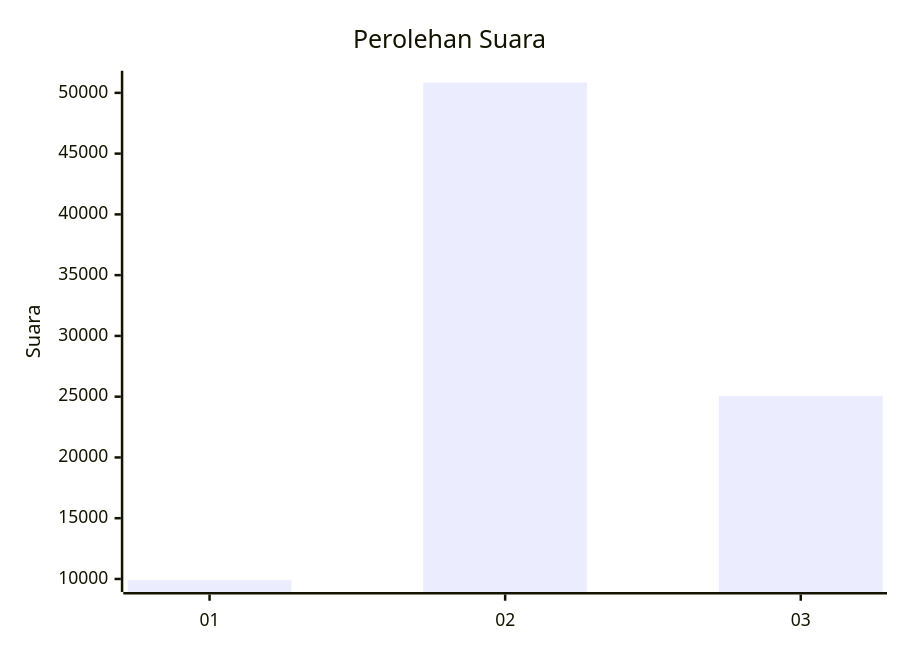
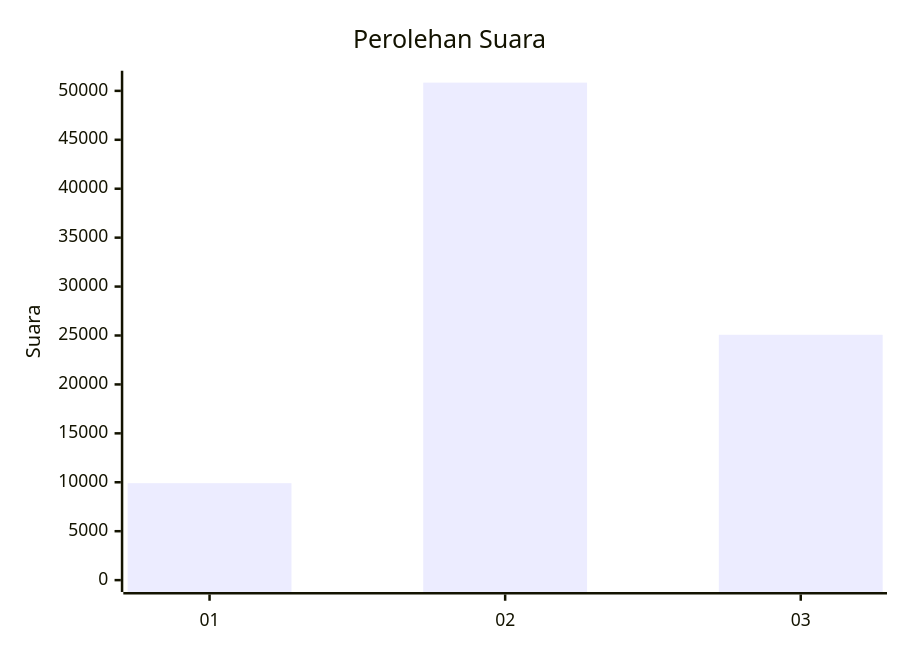
The first of 2 diagrams in pilpres/hitung-suara/sub/table-wilayah-92.md (gigit-pemilu/pemilu-2024), drawn with Mermaid before and after one commit. The commit also changed 42 other files, not shown here.

````diff
--- a/pilpres/hitung-suara/sub/table-wilayah-92.md
+++ b/pilpres/hitung-suara/sub/table-wilayah-92.md
@@ -7,7 +7,7 @@
 ```mermaid
 xychart-beta
     title "Perolehan Suara"
     x-axis [01, 02, 03]
-    y-axis "Suara"
+    y-axis "Suara" 0 --> 50842
     bar [9905, 50842, 25072]
 ```
````
